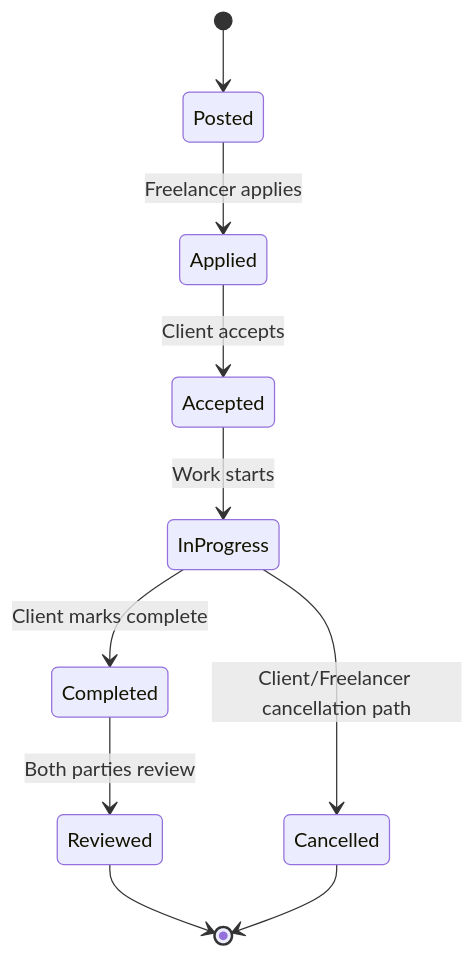
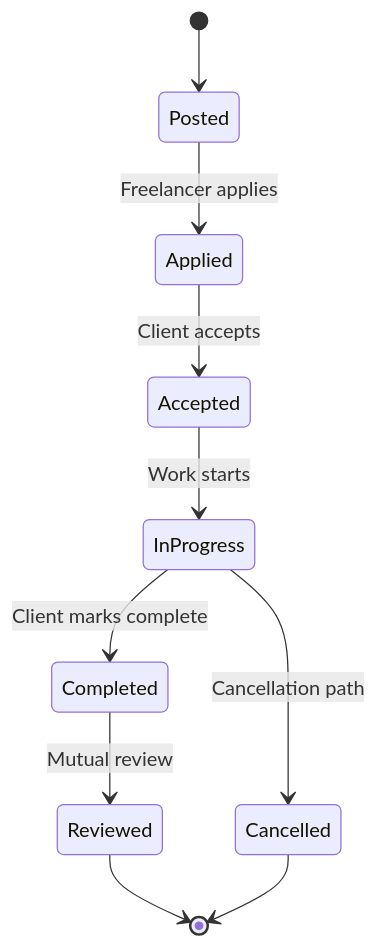
Before and after one commit to Menna0Allah/MultiTask-docs: the third of 5 diagrams in docs/architecture.md, drawn with Mermaid. The commit also changed other lines of this file and 10 other files, not shown here.

````diff
--- a/docs/architecture.md
+++ b/docs/architecture.md
@@ -36,12 +56,12 @@
 ```mermaid
 stateDiagram-v2
   [*] --> Posted
   Posted --> Applied: Freelancer applies
   Applied --> Accepted: Client accepts
   Accepted --> InProgress: Work starts
   InProgress --> Completed: Client marks complete
-  InProgress --> Cancelled: Client/Freelancer cancellation path
-  Completed --> Reviewed: Both parties review
+  InProgress --> Cancelled: Cancellation path
+  Completed --> Reviewed: Mutual review
   Reviewed --> [*]
   Cancelled --> [*]
 ```
````
